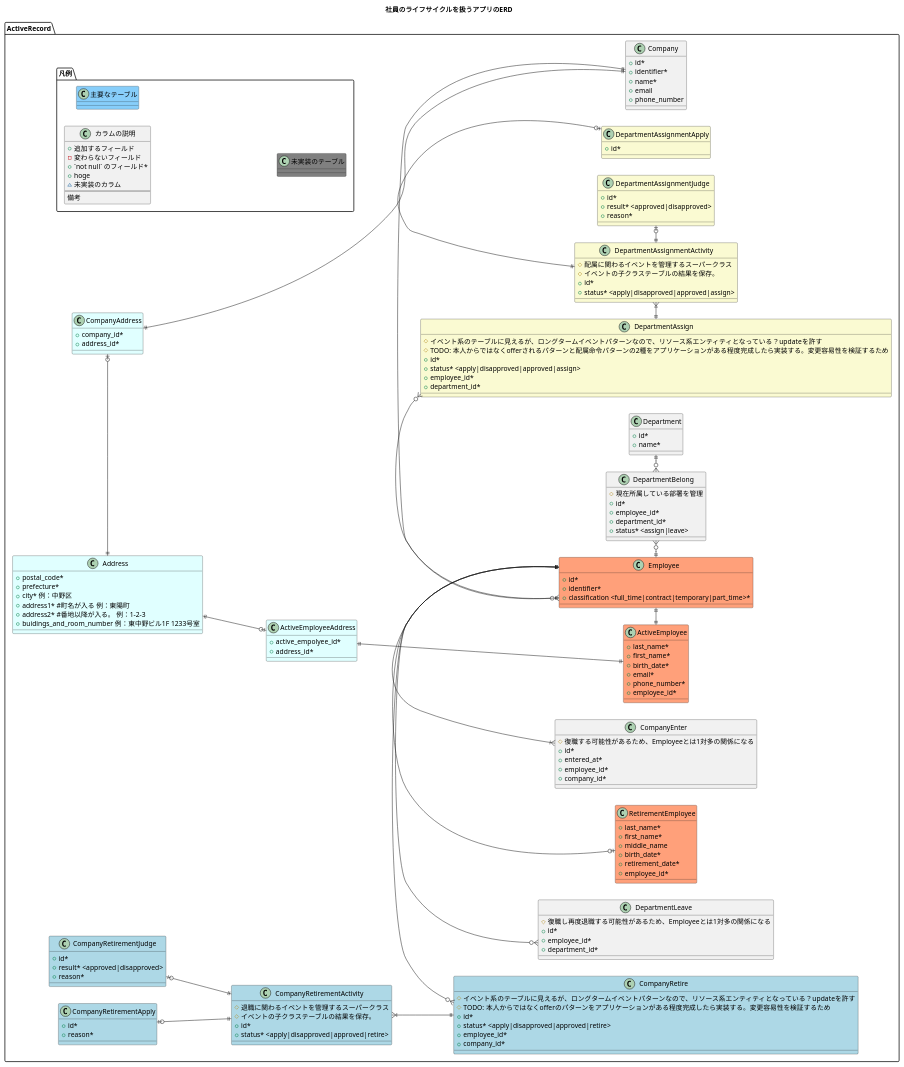
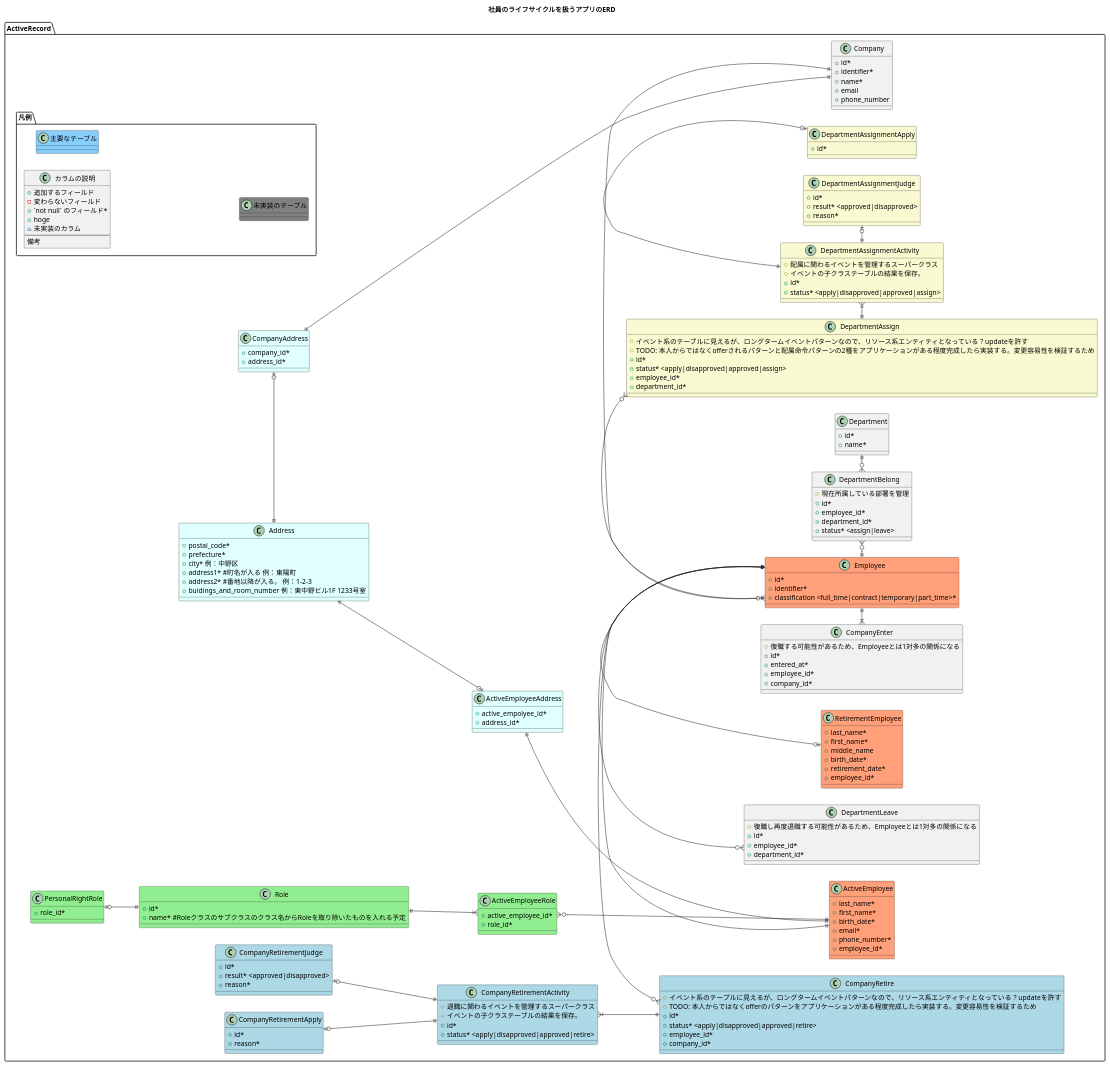
The diagram in SystemDesign/ er.puml (nakamori-naoya/human_resource_management_app_rails), drawn with PlantUML before and after one commit.

Commit message:
chore:権限周りのER図を追加

```diff
--- a/SystemDesign/ er.puml
+++ b/SystemDesign/ er.puml
@@ -1,179 +1,196 @@
 @startuml
 title
 社員のライフサイクルを扱うアプリのERD
 end title
 left to right direction
 
 namespace ActiveRecord {
   namespace 凡例 {
     class カラムの説明 {
       + 追加するフィールド
       - 変わらないフィールド
       + `not null` のフィールド*
       + hoge 
       ~ 未実装のカラム
       --
       備考
     }
 
     class 主要なテーブル #LightSkyBlue {
     }
 
     class 未実装のテーブル #Grey {
     }
   }
 
   class Employee #LightSalmon {
     + id*
     + identifier*
     + classification <full_time|contract|temporary|part_time>*
   }
 
   class ActiveEmployee #LightSalmon {
     + last_name*
     + first_name*
     + birth_date*
     + email*
     + phone_number*
     + employee_id*
+  }
+
+  class ActiveEmployeeRole #LightGreen {
+    + active_employee_id*
+    + role_id*
+  }
+
+  class Role #LightGreen {
+    + id*
+    + name* #Roleクラスのサブクラスのクラス名からRoleを取り除いたものを入れる予定
+  }
+
+  class PersonalRightRole #LightGreen {
+    + role_id*
   }
 
   class ActiveEmployeeAddress #LightCyan {
     + active_empolyee_id*
     + address_id*
   }
 
   class RetirementEmployee #LightSalmon {
     + last_name*
     + first_name*
     + middle_name
     + birth_date*
     + retirement_date*
     + employee_id*
   }
 
   class Company {
     + id*
     + identifier*
     + name*
     + email 
     + phone_number
   }
 
   class CompanyAddress #LightCyan {
     + company_id*
     + address_id*
   }
 
   class Address #LightCyan {
     + postal_code*
     + prefecture*
     + city* 例：中野区
     + address1* #町名が入る 例：東陽町
     + address2* #番地以降が入る。 例：1-2-3
     + buidings_and_room_number 例：東中野ビル1F 1233号室
   }
 
   class CompanyEnter {
     # 復職する可能性があるため、Employeeとは1対多の関係になる
     + id*
     + entered_at*
     + employee_id*
     + company_id*
   }
 
   class CompanyRetire #LightBlue{
     # イベント系のテーブルに見えるが、ロングタームイベントパターンなので、リソース系エンティティとなっている？updateを許す
     # TODO: 本人からではなくofferのパターンをアプリケーションがある程度完成したら実装する。変更容易性を検証するため
     + id*
     + status* <apply|disapproved|approved|retire>
     + employee_id*
     + company_id*
   }
 
   class CompanyRetirementActivity #LightBlue{
     # 退職に関わるイベントを管理するスーパークラス
     # イベントの子クラステーブルの結果を保存。
     + id*
     + status* <apply|disapproved|approved|retire>
   }
 
   class CompanyRetirementApply #LightBlue{
     + id*
     + reason* 
   }
 
   class CompanyRetirementJudge #LightBlue {
     + id*
     + result* <approved|disapproved>
     + reason* 
   }
 
   class Department {
     + id*
     + name*
   }
 
   class DepartmentAssign  #LightGoldenRodYellow{
     # イベント系のテーブルに見えるが、ロングタームイベントパターンなので、リソース系エンティティとなっている？updateを許す
     # TODO: 本人からではなくofferされるパターンと配属命令パターンの2種をアプリケーションがある程度完成したら実装する。変更容易性を検証するため
     + id*
     + status* <apply|disapproved|approved|assign>
     + employee_id*
     + department_id*
   }
 
   class DepartmentAssignmentActivity #LightGoldenRodYellow{
     # 配属に関わるイベントを管理するスーパークラス
     # イベントの子クラステーブルの結果を保存。
     + id*
     + status* <apply|disapproved|approved|assign>
   }
 
   class DepartmentAssignmentApply #LightGoldenRodYellow{
     + id*
   }
 
   class DepartmentAssignmentJudge #LightGoldenRodYellow{
     + id*
     + result* <approved|disapproved>
     + reason* 
   }
 
   class DepartmentLeave {
     # 復職し再度退職する可能性があるため、Employeeとは1対多の関係になる
     + id*
     + employee_id*
     + department_id*
   }
 
   class DepartmentBelong {
     # 現在所属している部署を管理
     + id*
     + employee_id*
     + department_id*
     + status* <assign|leave>
   }
 
 
   Company ||-l-o{ Employee
   Company ||-l-|| CompanyAddress
   CompanyAddress |o-l-|| Address
   Employee ||-l-|{ CompanyEnter
   Employee ||-l-|| ActiveEmployee
   Employee ||-l-o| RetirementEmployee
   Employee ||-l-o{ CompanyRetire
   CompanyRetire ||-u-|{ CompanyRetirementActivity
   CompanyRetirementActivity ||-u-o| CompanyRetirementApply
   CompanyRetirementActivity ||-u-o| CompanyRetirementJudge
   Employee ||-r-o{ DepartmentAssign
   DepartmentAssign ||-r-|{ DepartmentAssignmentActivity
   DepartmentAssignmentActivity ||-r-o| DepartmentAssignmentApply
   DepartmentAssignmentActivity ||-r-o| DepartmentAssignmentJudge
   Employee ||-l-o{ DepartmentLeave
   ActiveEmployee ||-u-|| ActiveEmployeeAddress
   ActiveEmployeeAddress  |o-u-|| Address
   Department ||-l-o{ DepartmentBelong
   DepartmentBelong }o-l-|| Employee
+  ActiveEmployee ||-u-o{ ActiveEmployeeRole
+  ActiveEmployeeRole }|-u-|| Role
+  Role ||-u-o| PersonalRightRole
 }
 @enduml
```
